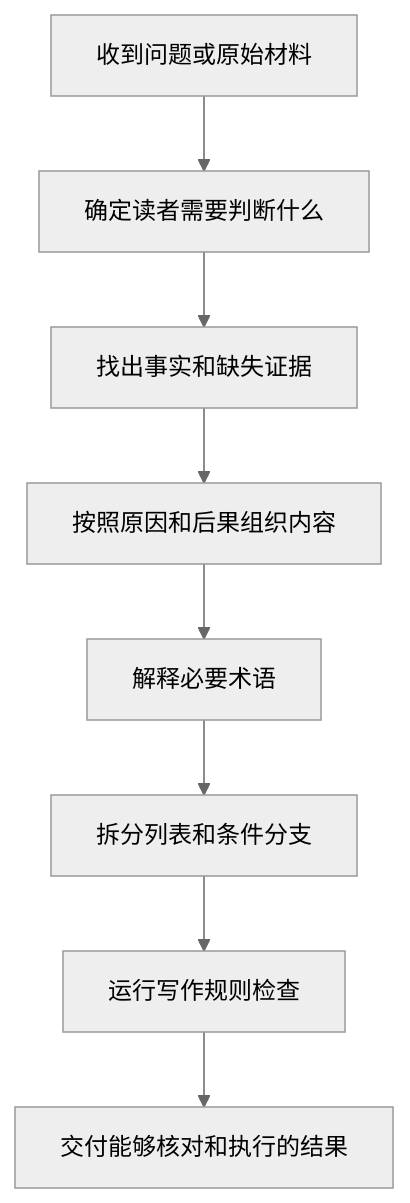
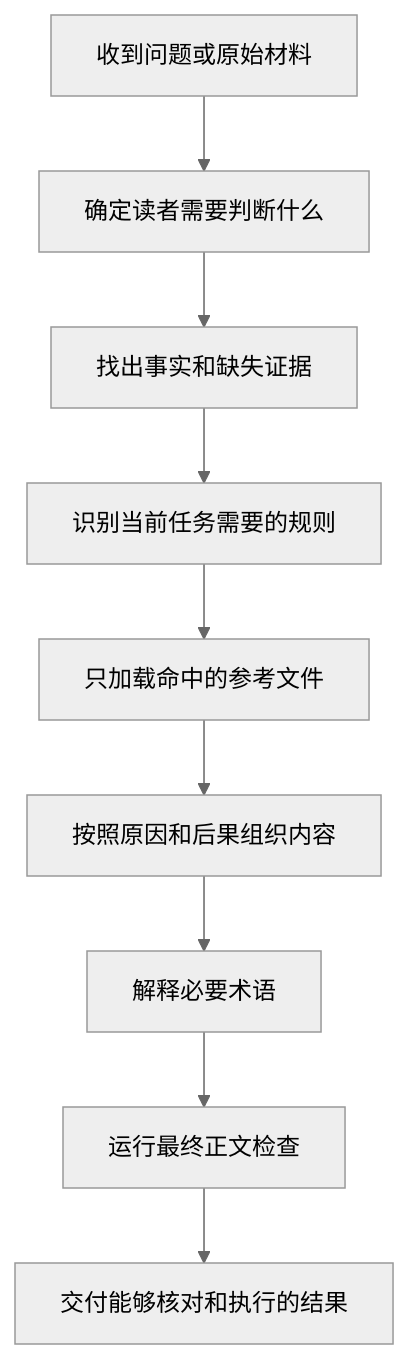
Before and after one commit to AIALRA-0/agent-human-readable-technical-writing: the diagram in README.md, drawn with Mermaid (neutral theme). The commit also changed other lines of this file and 13 other files, not shown here.

````diff
--- a/README.md
+++ b/README.md
@@ -250,11 +250,12 @@
 ```mermaid
 %% 从原始材料开始展示完整处理顺序
 flowchart TD
     A["收到问题或原始材料"] --> B["确定读者需要判断什么"]
     B --> C["找出事实和缺失证据"]
-    C --> D["按照原因和后果组织内容"]
-    D --> E["解释必要术语"]
-    E --> F["拆分列表和条件分支"]
-    F --> G["运行写作规则检查"]
-    G --> H["交付能够核对和执行的结果"]
+    C --> D["识别当前任务需要的规则"]
+    D --> E["只加载命中的参考文件"]
+    E --> F["按照原因和后果组织内容"]
+    F --> G["解释必要术语"]
+    G --> H["运行最终正文检查"]
+    H --> I["交付能够核对和执行的结果"]
 ```
````
